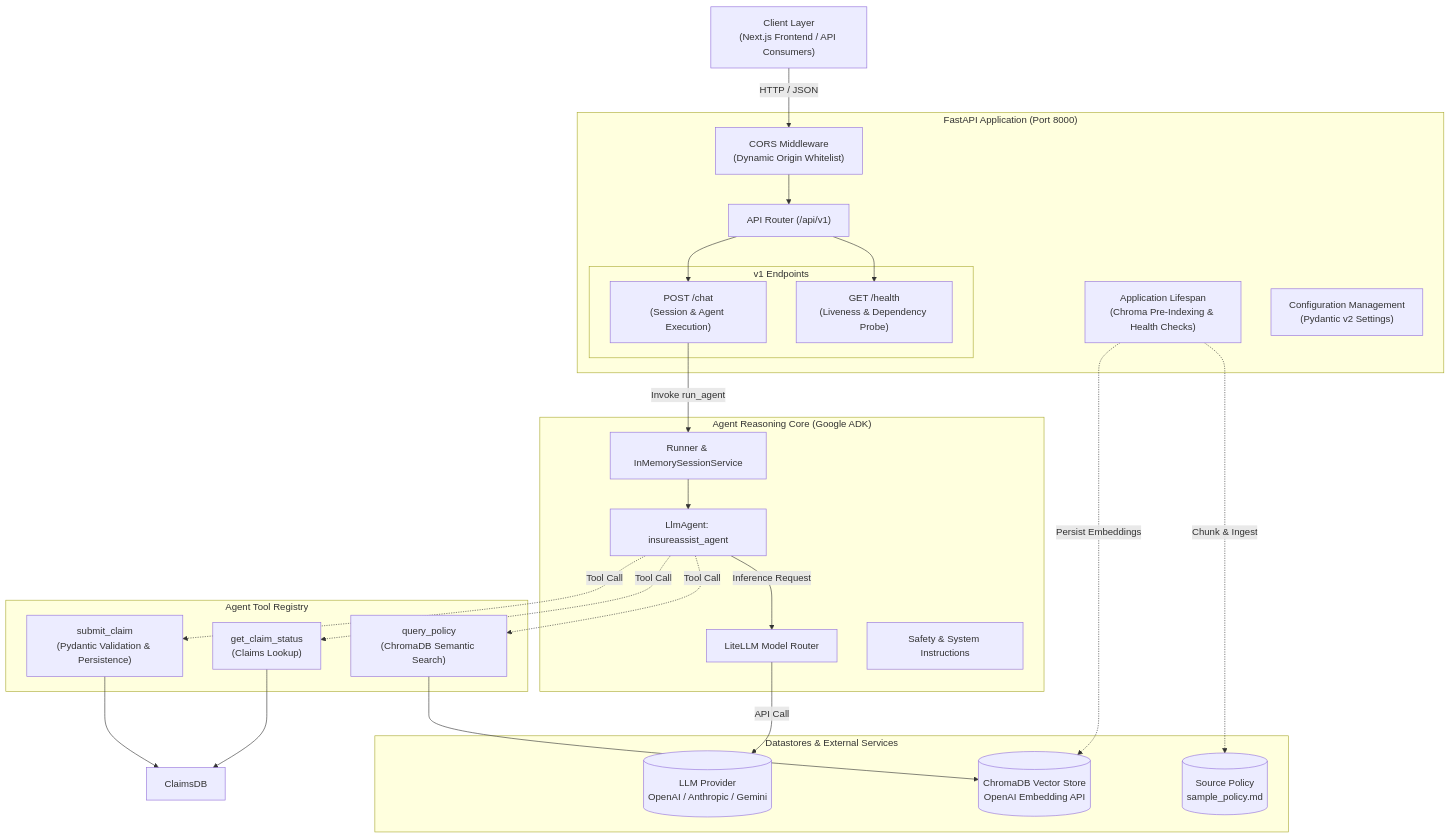
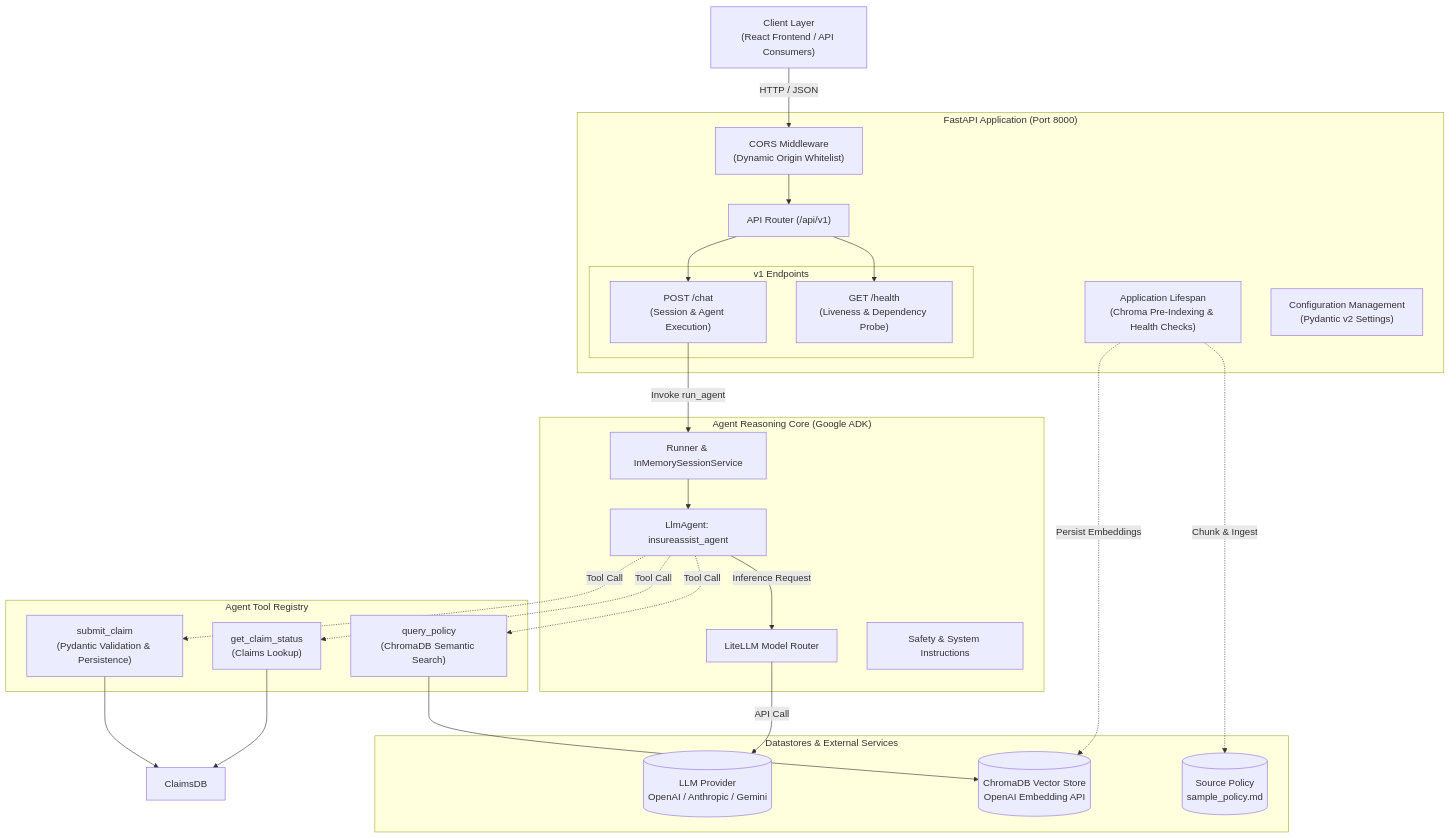
One commit to eslam-aboutaleb/financial-Assistant changed the first of 2 diagrams in backend/README.md. Above: the diagram before and after it, drawn with Mermaid. The commit also changed 45 other files, not shown here.

````diff
--- a/backend/README.md
+++ b/backend/README.md
@@ -13,56 +13,56 @@
 ```mermaid
 graph TD
-    Client["Client Layer<br/>(Next.js Frontend / API Consumers)"]
+    Client["Client Layer<br/>(React Frontend / API Consumers)"]
 
     subgraph FastAPI_Service["FastAPI Application (Port 8000)"]
         CORS["CORS Middleware<br/>(Dynamic Origin Whitelist)"]
         Lifespan["Application Lifespan<br/>(Chroma Pre-Indexing & Health Checks)"]
         Router["API Router (/api/v1)"]
 
         subgraph Endpoints["v1 Endpoints"]
             HealthEP["GET /health<br/>(Liveness & Dependency Probe)"]
             ChatEP["POST /chat<br/>(Session & Agent Execution)"]
         end
 
         Config["Configuration Management<br/>(Pydantic v2 Settings)"]
     end
 
     subgraph Agent_Core["Agent Reasoning Core (Google ADK)"]
         AgentRunner["Runner & InMemorySessionService"]
         LlmAgent["LlmAgent: insureassist_agent"]
         LiteLLM["LiteLLM Model Router"]
         SystemPrompt["Safety & System Instructions"]
     end
 
     subgraph Tools_Layer["Agent Tool Registry"]
         ToolRAG["query_policy<br/>(ChromaDB Semantic Search)"]
         ToolStatus["get_claim_status<br/>(Claims Lookup)"]
         ToolSubmit["submit_claim<br/>(Pydantic Validation & Persistence)"]
     end
 
     subgraph Storage_Layer["Datastores & External Services"]
         ChromaStore[("ChromaDB Vector Store<br/>OpenAI Embedding API")]
         PolicyDoc[("Source Policy<br/>sample_policy.md")]
         LLMProvider[("LLM Provider<br/>OpenAI / Anthropic / Gemini")]
     end
 
     Client -->|HTTP / JSON| CORS
     CORS --> Router
     Router --> HealthEP
     Router --> ChatEP
 
     ChatEP -->|Invoke run_agent| AgentRunner
     AgentRunner --> LlmAgent
     LlmAgent -->|Inference Request| LiteLLM
     LiteLLM -->|API Call| LLMProvider
 
     LlmAgent -.->|Tool Call| ToolRAG
     LlmAgent -.->|Tool Call| ToolStatus
     LlmAgent -.->|Tool Call| ToolSubmit
 
     ToolRAG --> ChromaStore
     ToolStatus --> ClaimsDB
     ToolSubmit --> ClaimsDB
     Lifespan -.->|Chunk & Ingest| PolicyDoc
     Lifespan -.->|Persist Embeddings| ChromaStore
 ```
````
